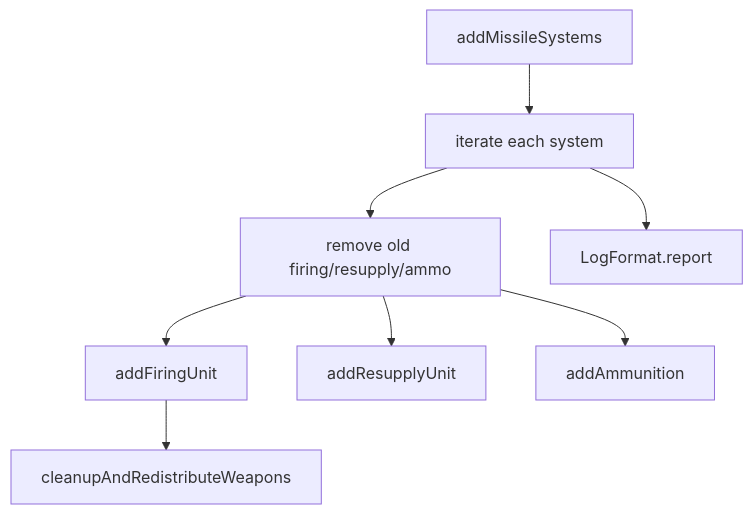
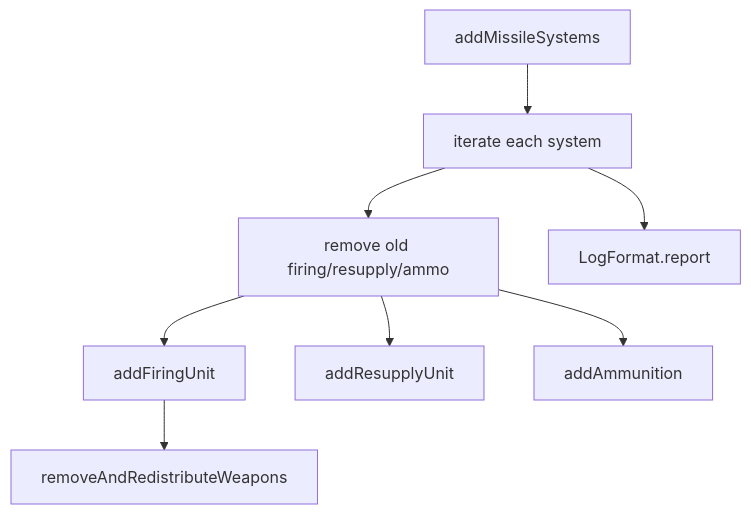
Before and after one commit to pullupjumper/formosa-in-flames: the diagram in docs/missileSystem/deployment.md, drawn with Mermaid. The commit also changed other lines of this file and 93 other files, not shown here.

````diff
--- a/docs/missileSystem/deployment.md
+++ b/docs/missileSystem/deployment.md
@@ -28,10 +28,10 @@
 ```mermaid
 flowchart TD
     A[addMissileSystems] --> B[iterate each system]
     B --> C[remove old firing/resupply/ammo]
     C --> D[addFiringUnit]
     C --> E[addResupplyUnit]
     C --> F[addAmmunition]
-    D --> G[cleanupAndRedistributeWeapons]
+    D --> G[removeAndRedistributeWeapons]
     B --> H[LogFormat.report]
 ```
````
